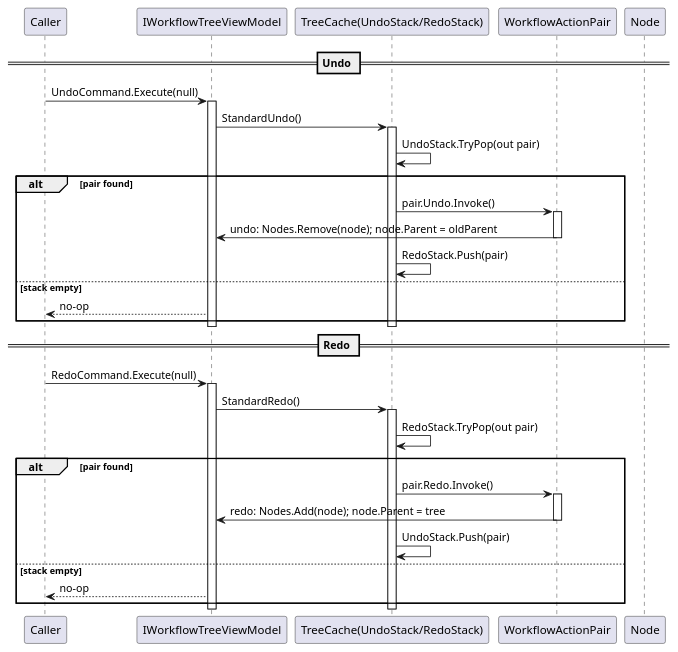
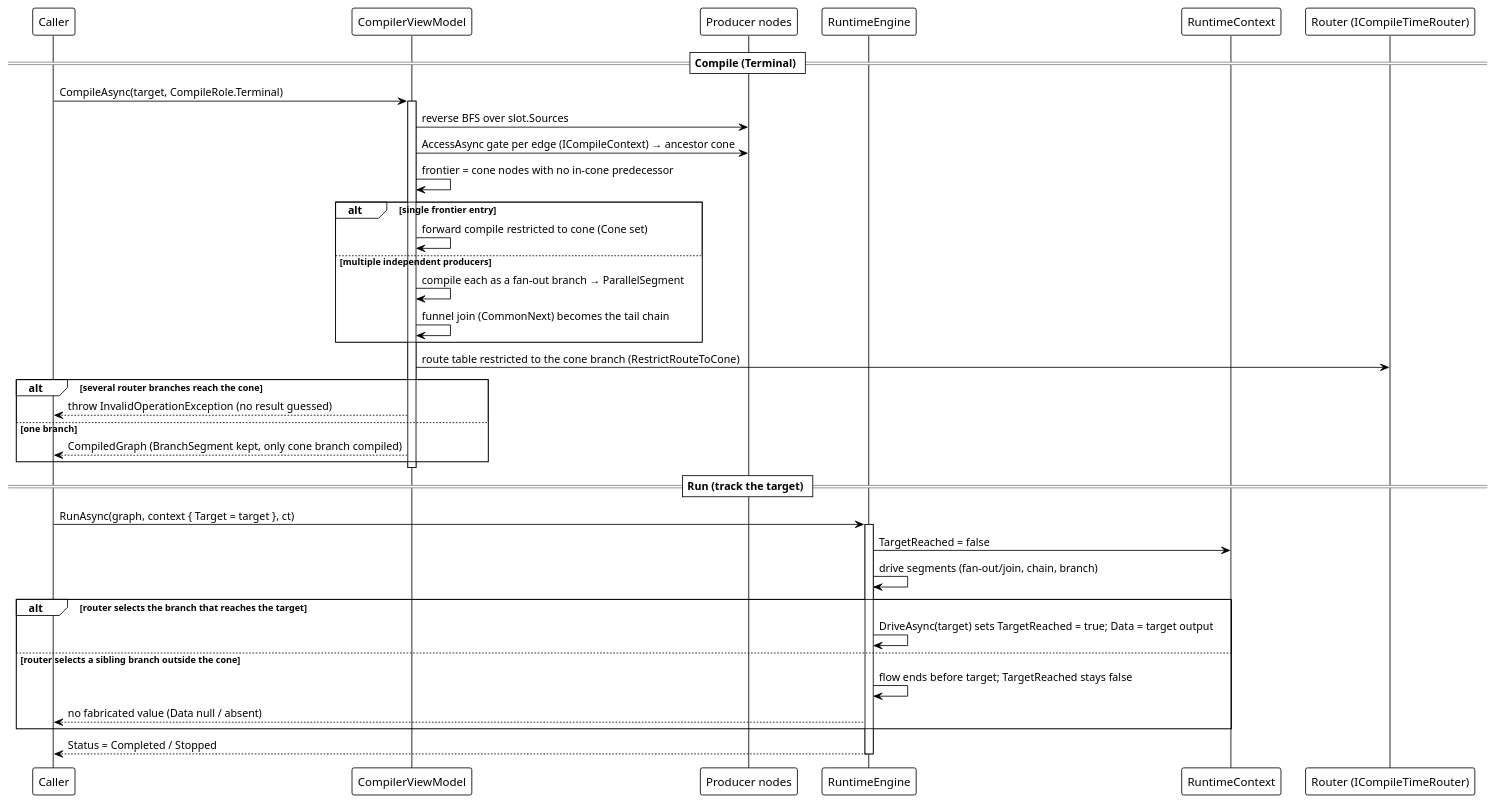
Before and after one commit to Axvser/VeloxDev.Docs: the third of 5 diagrams in src/CloudGlyph/Assets/Docs/content/en/3_SE_Analysis/03_data-flow/00_workflow-system/index.md, drawn with PlantUML. The commit also changed other lines of this file and 443 other files, not shown here.

````diff
--- a/src/CloudGlyph/Assets/Docs/content/en/3_SE_Analysis/03_data-flow/00_workflow-system/index.md
+++ b/src/CloudGlyph/Assets/Docs/content/en/3_SE_Analysis/03_data-flow/00_workflow-system/index.md
@@ -123,45 +117,45 @@
 ```plantuml
 @startuml
-    participant Caller
-participant "IWorkflowTreeViewModel" as Tree
-participant "TreeCache(UndoStack/RedoStack)" as Cache
-participant "WorkflowActionPair" as Pair
-    participant Node as IWorkflowNodeViewModel
+!theme plain
+participant Caller
+participant "CompilerViewModel" as Compiler
+participant "Producer nodes" as Producer
+participant "RuntimeEngine" as Engine
+participant "RuntimeContext" as Context
+participant "Router (ICompileTimeRouter)" as Router
 
-    == Undo ==
-    Caller -> Tree: UndoCommand.Execute(null)
-    activate Tree
-    Tree -> Cache: StandardUndo()
-    activate Cache
-    Cache -> Cache: UndoStack.TryPop(out pair)
-    alt pair found
-        Cache -> Pair: pair.Undo.Invoke()
-        activate Pair
-        Pair -> Tree: undo: Nodes.Remove(node); node.Parent = oldParent
-        deactivate Pair
-        Cache -> Cache: RedoStack.Push(pair)
-    else stack empty
-        Tree --> Caller: no-op
-    end
-    deactivate Cache
-    deactivate Tree
+== Compile (Terminal) ==
+Caller -> Compiler: CompileAsync(target, CompileRole.Terminal)
+activate Compiler
+Compiler -> Producer: reverse BFS over slot.Sources
+Compiler -> Producer: AccessAsync gate per edge (ICompileContext) → ancestor cone
+Compiler -> Compiler: frontier = cone nodes with no in-cone predecessor
+alt single frontier entry
+    Compiler -> Compiler: forward compile restricted to cone (Cone set)
+else multiple independent producers
+    Compiler -> Compiler: compile each as a fan-out branch → ParallelSegment
+    Compiler -> Compiler: funnel join (CommonNext) becomes the tail chain
+end
+Compiler -> Router: route table restricted to the cone branch (RestrictRouteToCone)
+alt several router branches reach the cone
+    Compiler --> Caller: throw InvalidOperationException (no result guessed)
+else one branch
+    Compiler --> Caller: CompiledGraph (BranchSegment kept, only cone branch compiled)
+end
+deactivate Compiler
 
-    == Redo ==
-    Caller -> Tree: RedoCommand.Execute(null)
-    activate Tree
-    Tree -> Cache: StandardRedo()
-    activate Cache
-    Cache -> Cache: RedoStack.TryPop(out pair)
-    alt pair found
-        Cache -> Pair: pair.Redo.Invoke()
-        activate Pair
-        Pair -> Tree: redo: Nodes.Add(node); node.Parent = tree
-        deactivate Pair
-        Cache -> Cache: UndoStack.Push(pair)
-    else stack empty
-        Tree --> Caller: no-op
-    end
-    deactivate Cache
-    deactivate Tree
+== Run (track the target) ==
+Caller -> Engine: RunAsync(graph, context { Target = target }, ct)
+activate Engine
+Engine -> Context: TargetReached = false
+Engine -> Engine: drive segments (fan-out/join, chain, branch)
+alt router selects the branch that reaches the target
+    Engine -> Engine: DriveAsync(target) sets TargetReached = true; Data = target output
+else router selects a sibling branch outside the cone
+    Engine -> Engine: flow ends before target; TargetReached stays false
+    Engine --> Caller: no fabricated value (Data null / absent)
+end
+Engine --> Caller: Status = Completed / Stopped
+deactivate Engine
 @enduml
 ```
````
